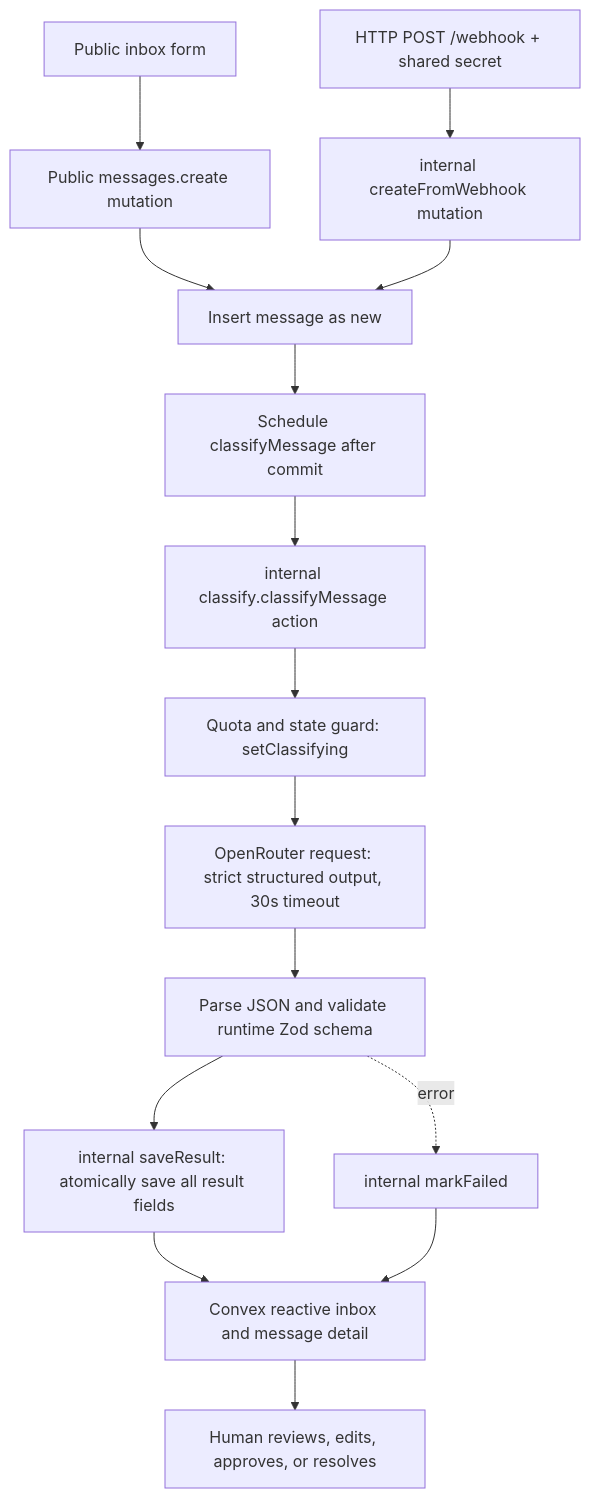
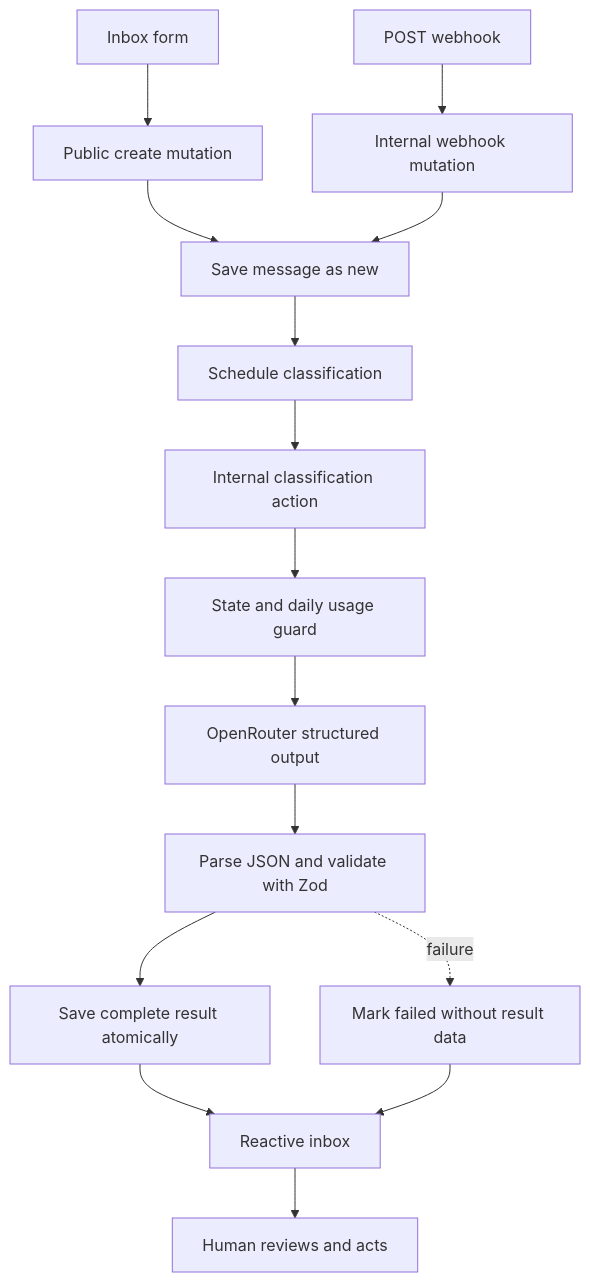
The diagram in README.md (EliottV17/TenantInbox), drawn with Mermaid before and after one commit. The commit also changed other lines of this file, not shown here.

````diff
--- a/README.md
+++ b/README.md
@@ -33,17 +29,17 @@
 ```mermaid
 flowchart TD
-  Form[Public inbox form] --> Create[Public messages.create mutation]
-  Webhook[HTTP POST /webhook + shared secret] --> CreateHook[internal createFromWebhook mutation]
-  Create --> New[Insert message as new]
-  CreateHook --> New
-  New --> Schedule[Schedule classifyMessage after commit]
-  Schedule --> Action[internal classify.classifyMessage action]
-  Action --> Guard[Quota and state guard: setClassifying]
-  Guard --> OpenRouter[OpenRouter request: strict structured output, 30s timeout]
-  OpenRouter --> Parse[Parse JSON and validate runtime Zod schema]
-  Parse --> Save[internal saveResult: atomically save all result fields]
-  Parse -. error .-> Fail[internal markFailed]
-  Save --> UI[Convex reactive inbox and message detail]
-  Fail --> UI
-  UI --> Review[Human reviews, edits, approves, or resolves]
+  Form[Inbox form] --> Create[Public create mutation]
+  Webhook[POST webhook] --> Hook[Internal webhook mutation]
+  Create --> New[Save message as new]
+  Hook --> New
+  New --> Schedule[Schedule classification]
+  Schedule --> Action[Internal classification action]
+  Action --> Guard[State and daily usage guard]
+  Guard --> Model[OpenRouter structured output]
+  Model --> Validate[Parse JSON and validate with Zod]
+  Validate --> Save[Save complete result atomically]
+  Validate -. failure .-> Fail[Mark failed without result data]
+  Save --> Inbox[Reactive inbox]
+  Fail --> Inbox
+  Inbox --> Human[Human reviews and acts]
 ```
````
